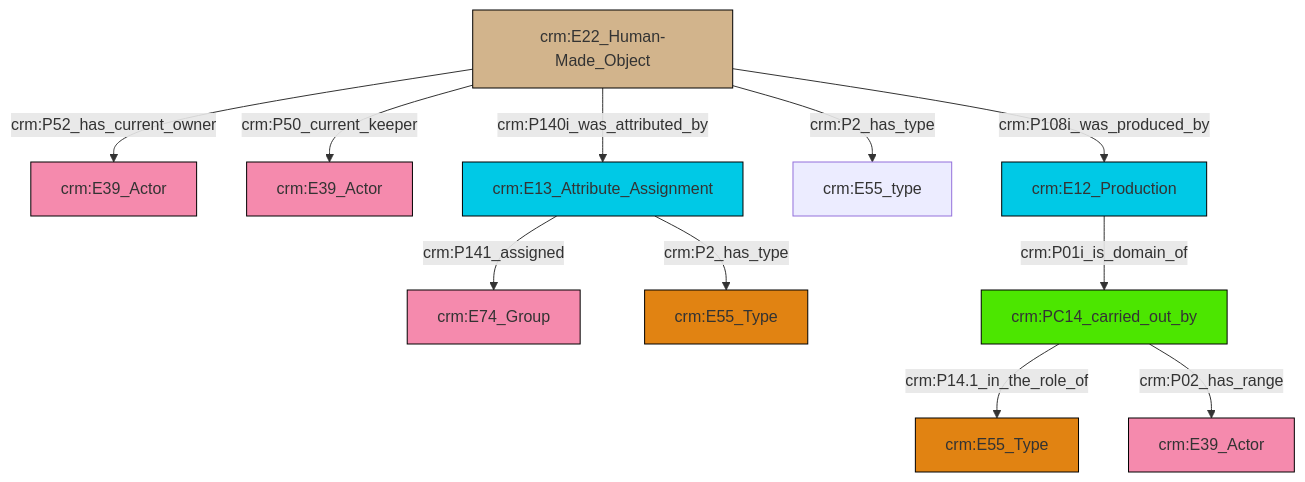
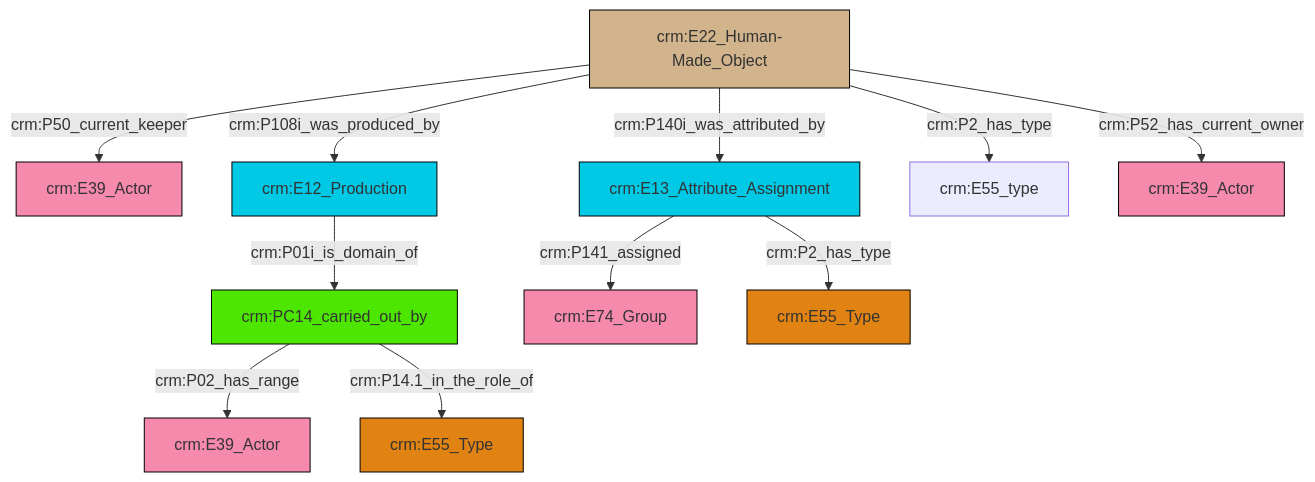
The diagram in et/artworkCSV/ttl/mmd/Artwork_Actor_Relations.ttl.mmd (swiss-art-research-net/docs.swissartresearch), drawn with Mermaid before and after one commit. The commit also changed 178 other files, not shown here.

```diff
--- a/et/artworkCSV/ttl/mmd/Artwork_Actor_Relations.ttl.mmd
+++ b/et/artworkCSV/ttl/mmd/Artwork_Actor_Relations.ttl.mmd
@@ -1,25 +1,25 @@
 graph TD
 classDef Literal fill:#f2f2f2,stroke:#000000;
 classDef CRM_Entity fill:#FFFFFF,stroke:#000000;
 classDef Temporal_Entity fill:#00C9E6, stroke:#000000;
 classDef Type fill:#E18312, stroke:#000000;
 classDef Time-Span fill:#2C9C91, stroke:#000000;
 classDef Appellation fill:#FFEB7F, stroke:#000000;
 classDef Place fill:#008836, stroke:#000000;
 classDef Persistent_Item fill:#B266B2, stroke:#000000;
 classDef Conceptual_Object fill:#FFD700, stroke:#000000;
 classDef Physical_Thing fill:#D2B48C, stroke:#000000;
 classDef Actor fill:#f58aad, stroke:#000000;
 classDef PC_Classes fill:#4ce600, stroke:#000000;
 classDef Multi fill:#cccccc,stroke:#000000;
 
-4["crm:E22_Human-Made_Object"]:::Physical_Thing -->|crm:P52_has_current_owner| 0["crm:E39_Actor"]:::Actor
-12["crm:E13_Attribute_Assignment"]:::Temporal_Entity -->|crm:P141_assigned| 2["crm:E74_Group"]:::Actor
-4["crm:E22_Human-Made_Object"]:::Physical_Thing -->|crm:P50_current_keeper| 8["crm:E39_Actor"]:::Actor
-4["crm:E22_Human-Made_Object"]:::Physical_Thing -->|crm:P140i_was_attributed_by| 12["crm:E13_Attribute_Assignment"]:::Temporal_Entity
-4["crm:E22_Human-Made_Object"]:::Physical_Thing -->|crm:P2_has_type| 15["crm:E55_type"]:::Default
-16["crm:E12_Production"]:::Temporal_Entity -->|crm:P01i_is_domain_of| 17["crm:PC14_carried_out_by"]:::PC_Classes
-4["crm:E22_Human-Made_Object"]:::Physical_Thing -->|crm:P108i_was_produced_by| 16["crm:E12_Production"]:::Temporal_Entity
-12["crm:E13_Attribute_Assignment"]:::Temporal_Entity -->|crm:P2_has_type| 10["crm:E55_Type"]:::Type
-17["crm:PC14_carried_out_by"]:::PC_Classes -->|crm:P14.1_in_the_role_of| 13["crm:E55_Type"]:::Type
-17["crm:PC14_carried_out_by"]:::PC_Classes -->|crm:P02_has_range| 6["crm:E39_Actor"]:::Actor
+0["crm:E22_Human-Made_Object"]:::Physical_Thing -->|crm:P50_current_keeper| 1["crm:E39_Actor"]:::Actor
+2["crm:PC14_carried_out_by"]:::PC_Classes -->|crm:P02_has_range| 3["crm:E39_Actor"]:::Actor
+4["crm:E12_Production"]:::Temporal_Entity -->|crm:P01i_is_domain_of| 2["crm:PC14_carried_out_by"]:::PC_Classes
+5["crm:E13_Attribute_Assignment"]:::Temporal_Entity -->|crm:P141_assigned| 6["crm:E74_Group"]:::Actor
+0["crm:E22_Human-Made_Object"]:::Physical_Thing -->|crm:P2_has_type| 8["crm:E55_type"]:::Default
+2["crm:PC14_carried_out_by"]:::PC_Classes -->|crm:P14.1_in_the_role_of| 10["crm:E55_Type"]:::Type
+0["crm:E22_Human-Made_Object"]:::Physical_Thing -->|crm:P52_has_current_owner| 17["crm:E39_Actor"]:::Actor
+0["crm:E22_Human-Made_Object"]:::Physical_Thing -->|crm:P140i_was_attributed_by| 5["crm:E13_Attribute_Assignment"]:::Temporal_Entity
+0["crm:E22_Human-Made_Object"]:::Physical_Thing -->|crm:P108i_was_produced_by| 4["crm:E12_Production"]:::Temporal_Entity
+5["crm:E13_Attribute_Assignment"]:::Temporal_Entity -->|crm:P2_has_type| 12["crm:E55_Type"]:::Type
```
